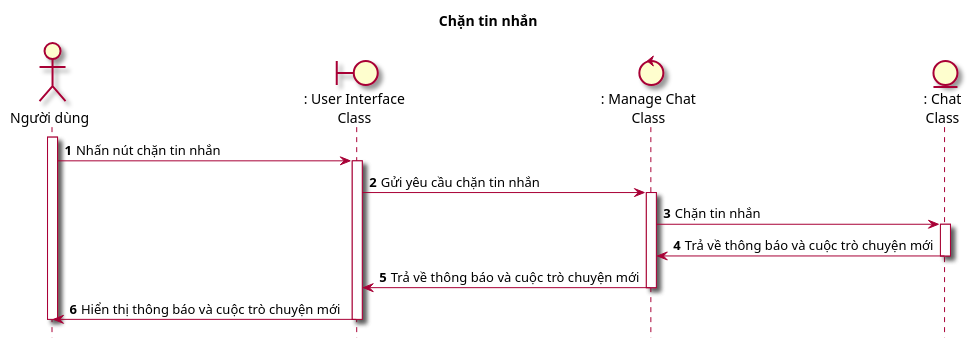
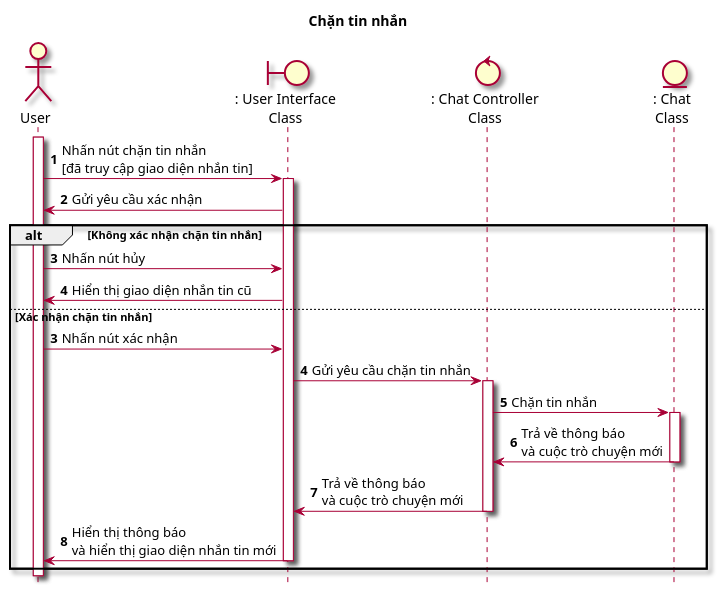
Before and after one commit to Griselda4774/EAS-EmploymentAssistanceSystem: the diagram in Lab1/Lab 1.2 Diagram/Sequence/FilePUML/11.5. SeqChanTinNhan.puml, drawn with PlantUML. The commit also changed 14 other files, not shown here.

```diff
--- a/Lab1/Lab 1.2 Diagram/Sequence/FilePUML/11.5. SeqChanTinNhan.puml
+++ b/Lab1/Lab 1.2 Diagram/Sequence/FilePUML/11.5. SeqChanTinNhan.puml
@@ -1,22 +1,30 @@
 @startuml SeqChanTinNhan
 
 skin rose
 hide footbox
 title Chặn tin nhắn
 
-actor "Người dùng" as nguoiDung
+actor User as user
 boundary ": User Interface\nClass" as userInterface
-control ": Manage Chat\nClass" as manageChat
+control ": Chat Controller\nClass" as chatController
 entity ": Chat\nClass" as chat
 
 autonumber
-nguoiDung++
-nguoiDung -> userInterface++: Nhấn nút chặn tin nhắn
-userInterface -> manageChat++: Gửi yêu cầu chặn tin nhắn
-manageChat -> chat++: Chặn tin nhắn
-chat -> manageChat--: Trả về thông báo và cuộc trò chuyện mới
-manageChat -> userInterface--: Trả về thông báo và cuộc trò chuyện mới
-userInterface -> nguoiDung--: Hiển thị thông báo và cuộc trò chuyện mới
-nguoiDung--
+user++
+user -> userInterface++: Nhấn nút chặn tin nhắn\n[đã truy cập giao diện nhắn tin]
+userInterface -> user: Gửi yêu cầu xác nhận
+alt Không xác nhận chặn tin nhắn
+    user -> userInterface: Nhấn nút hủy
+    userInterface -> user: Hiển thị giao diện nhắn tin cũ
+else Xác nhận chặn tin nhắn
+    autonumber 3
+    user -> userInterface: Nhấn nút xác nhận
+    userInterface -> chatController++: Gửi yêu cầu chặn tin nhắn
+    chatController -> chat++: Chặn tin nhắn
+    chat -> chatController--: Trả về thông báo\nvà cuộc trò chuyện mới
+    chatController -> userInterface--: Trả về thông báo\nvà cuộc trò chuyện mới
+    userInterface -> user--: Hiển thị thông báo\nvà hiển thị giao diện nhắn tin mới
+end
+user--
 
 @enduml
```
